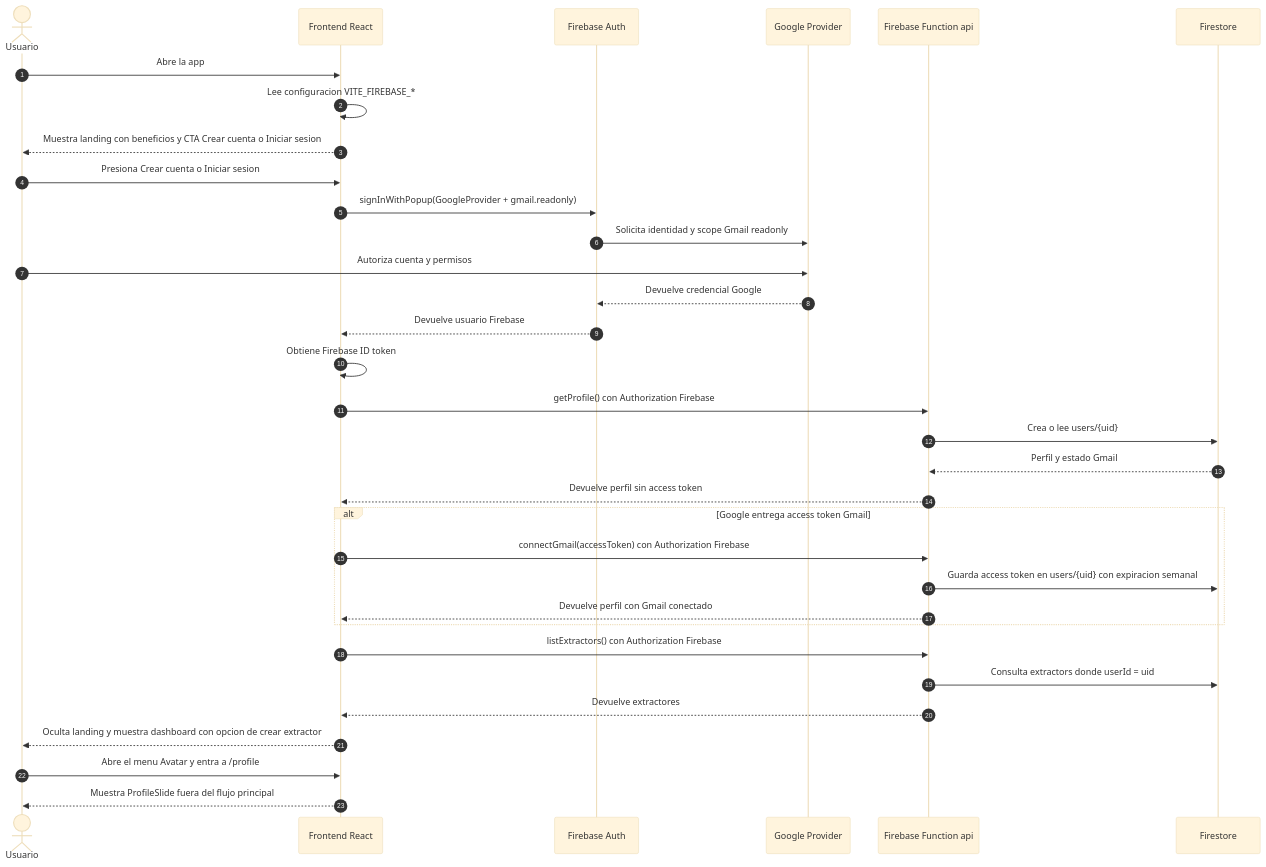
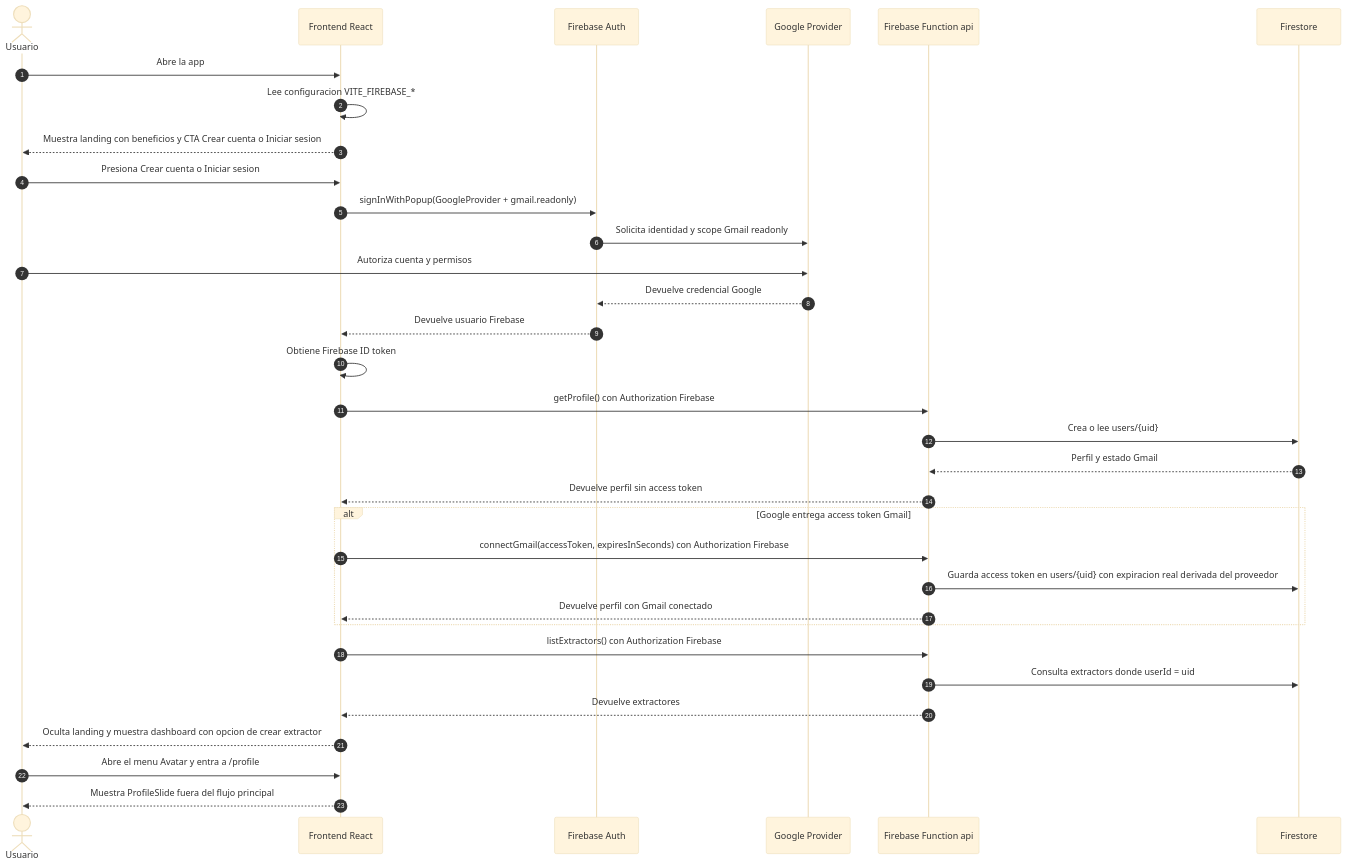
One commit to mijahilbarra/organizr changed the first of 10 diagrams in sequence-diagram.md. Above: the diagram before and after it, drawn with Mermaid (base theme). The commit also changed other lines of this file and 138 other files, not shown here.

Commit message:
Add GPT workflows, computed fields, and schema editing

````diff
--- a/sequence-diagram.md
+++ b/sequence-diagram.md
@@ -7,36 +7,36 @@
 ```mermaid
 sequenceDiagram
   autonumber
   actor User as Usuario
   participant Frontend as Frontend React
   participant FirebaseAuth as Firebase Auth
   participant GoogleProvider as Google Provider
   participant Function as Firebase Function api
   participant Firestore as Firestore
 
   User->>Frontend: Abre la app
   Frontend->>Frontend: Lee configuracion VITE_FIREBASE_*
   Frontend-->>User: Muestra landing con beneficios y CTA Crear cuenta o Iniciar sesion
   User->>Frontend: Presiona Crear cuenta o Iniciar sesion
   Frontend->>FirebaseAuth: signInWithPopup(GoogleProvider + gmail.readonly)
   FirebaseAuth->>GoogleProvider: Solicita identidad y scope Gmail readonly
   User->>GoogleProvider: Autoriza cuenta y permisos
   GoogleProvider-->>FirebaseAuth: Devuelve credencial Google
   FirebaseAuth-->>Frontend: Devuelve usuario Firebase
   Frontend->>Frontend: Obtiene Firebase ID token
   Frontend->>Function: getProfile() con Authorization Firebase
   Function->>Firestore: Crea o lee users/{uid}
   Firestore-->>Function: Perfil y estado Gmail
   Function-->>Frontend: Devuelve perfil sin access token
   alt Google entrega access token Gmail
-    Frontend->>Function: connectGmail(accessToken) con Authorization Firebase
-    Function->>Firestore: Guarda access token en users/{uid} con expiracion semanal
+    Frontend->>Function: connectGmail(accessToken, expiresInSeconds) con Authorization Firebase
+    Function->>Firestore: Guarda access token en users/{uid} con expiracion real derivada del proveedor
     Function-->>Frontend: Devuelve perfil con Gmail conectado
   end
   Frontend->>Function: listExtractors() con Authorization Firebase
   Function->>Firestore: Consulta extractors donde userId = uid
   Function-->>Frontend: Devuelve extractores
   Frontend-->>User: Oculta landing y muestra dashboard con opcion de crear extractor
   User->>Frontend: Abre el menu Avatar y entra a /profile
   Frontend-->>User: Muestra ProfileSlide fuera del flujo principal
 ```
````
